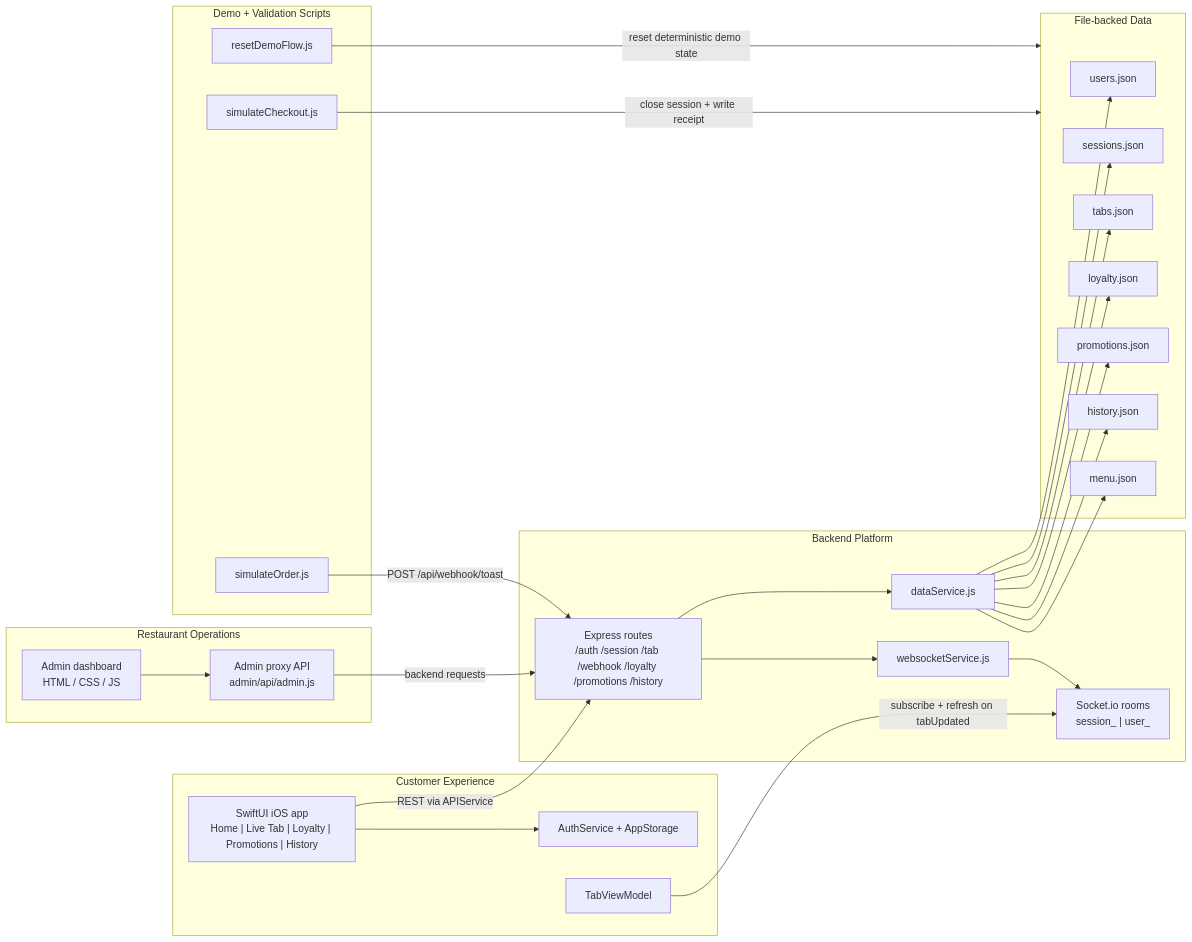
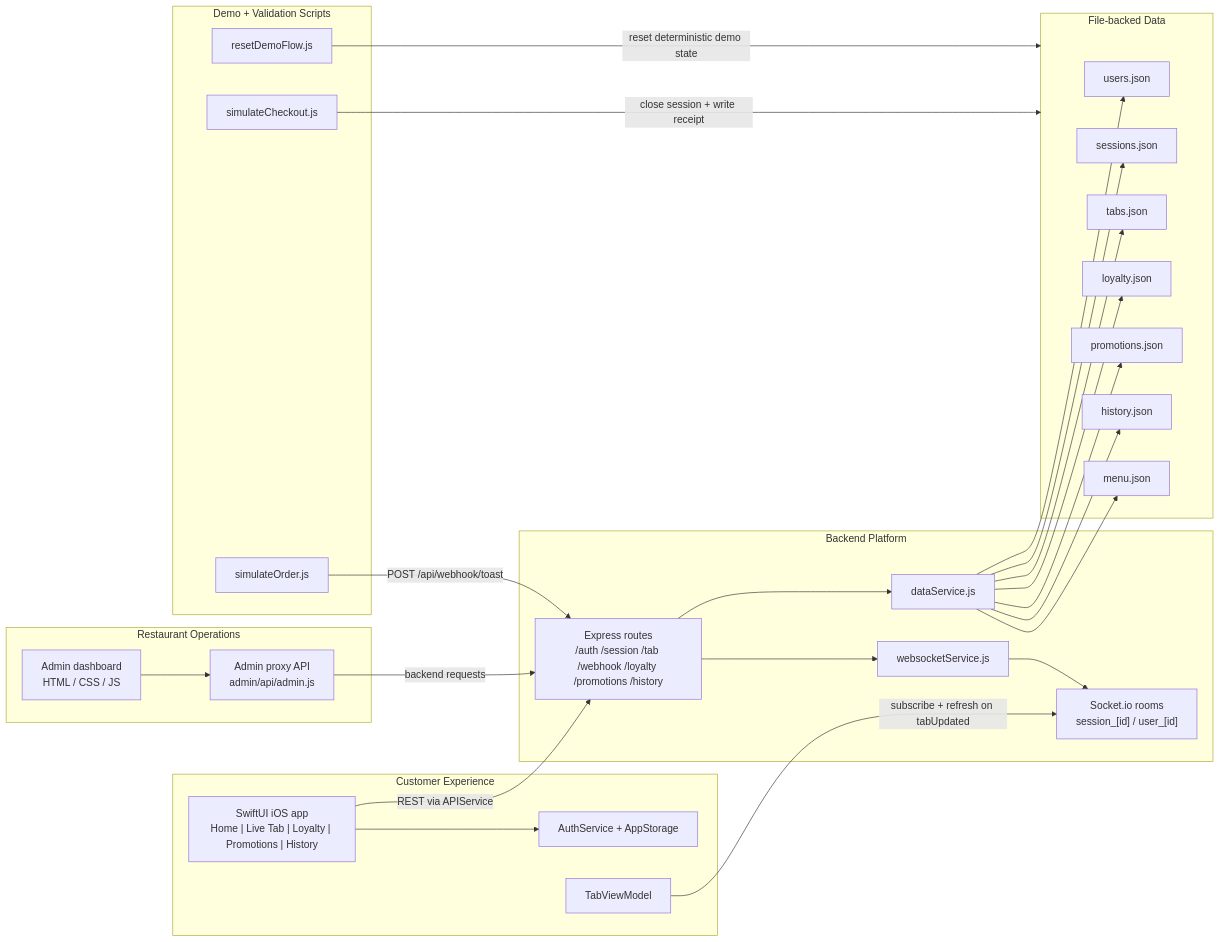
Before and after one commit to ebilguun03/ozora-capstone-portfolio: the diagram in assets/capstone-experience/architecture/architecture-implemented.mmd, drawn with Mermaid. The commit also changed 7 other files, not shown here.

Commit message:
Fix live portfolio styling and mermaid rendering

```diff
--- a/assets/capstone-experience/architecture/architecture-implemented.mmd
+++ b/assets/capstone-experience/architecture/architecture-implemented.mmd
@@ -1,53 +1,53 @@
 flowchart LR
     subgraph client["Customer Experience"]
         ios["SwiftUI iOS app\nHome | Live Tab | Loyalty | Promotions | History"]
         auth["AuthService + AppStorage"]
         tabvm["TabViewModel"]
     end
 
     subgraph admin["Restaurant Operations"]
         dash["Admin dashboard\nHTML / CSS / JS"]
         proxy["Admin proxy API\nadmin/api/admin.js"]
     end
 
     subgraph backend["Backend Platform"]
         express["Express routes\n/auth /session /tab /webhook /loyalty /promotions /history"]
-        socket["Socket.io rooms\nsession_<id> | user_<id>"]
+        socket["Socket.io rooms\nsession_[id] / user_[id]"]
         data["dataService.js"]
         ws["websocketService.js"]
     end
 
     subgraph simulation["Demo + Validation Scripts"]
         simOrder["simulateOrder.js"]
         simCheckout["simulateCheckout.js"]
         reset["resetDemoFlow.js"]
     end
 
     subgraph storage["File-backed Data"]
         users["users.json"]
         sessions["sessions.json"]
         tabs["tabs.json"]
         loyalty["loyalty.json"]
         promos["promotions.json"]
         history["history.json"]
         menu["menu.json"]
     end
 
     ios --> auth
     ios -->|"REST via APIService"| express
     tabvm -->|"subscribe + refresh on tabUpdated"| socket
     express --> data
     express --> ws
     ws --> socket
     data --> users
     data --> sessions
     data --> tabs
     data --> loyalty
     data --> promos
     data --> history
     data --> menu
     dash --> proxy
     proxy -->|"backend requests"| express
     simOrder -->|"POST /api/webhook/toast"| express
     simCheckout -->|"close session + write receipt"| storage
     reset -->|"reset deterministic demo state"| storage
```
